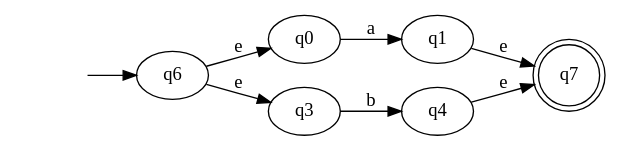
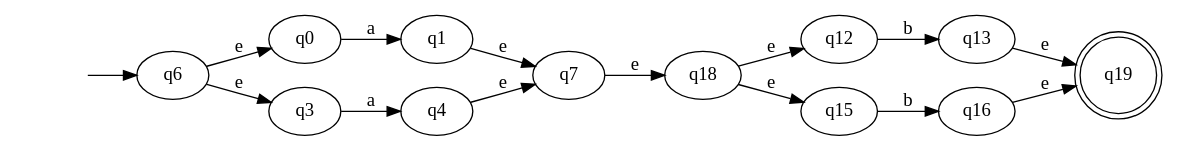
One commit to Squarific/TalenEnAutomaten changed the diagram in step1.gv. Above: the diagram before and after it, drawn with Graphviz. The commit also changed 18 other files, not shown here.

```diff
--- a/step1.gv
+++ b/step1.gv
@@ -1,12 +1,19 @@
 digraph g{
 	rankdir=LR
 	-1[style="invis"];
 	-1->"q6";
 	"q6"->"q0"[label="e"];
 	"q6"->"q3"[label="e"];
 	"q0"->"q1"[label="a"];
 	"q1"->"q7"[label="e"];
-	"q3"->"q4"[label="b"];
+	"q3"->"q4"[label="a"];
 	"q4"->"q7"[label="e"];
-	"q7"[shape="doublecircle"];
+	"q7"->"q18"[label="e"];
+	"q18"->"q12"[label="e"];
+	"q18"->"q15"[label="e"];
+	"q12"->"q13"[label="b"];
+	"q13"->"q19"[label="e"];
+	"q15"->"q16"[label="b"];
+	"q16"->"q19"[label="e"];
+	"q19"[shape="doublecircle"];
 }
```
